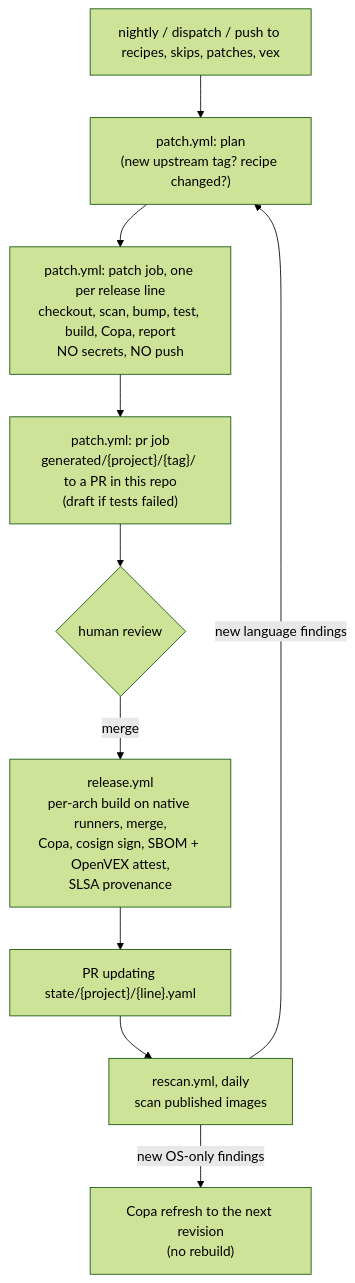
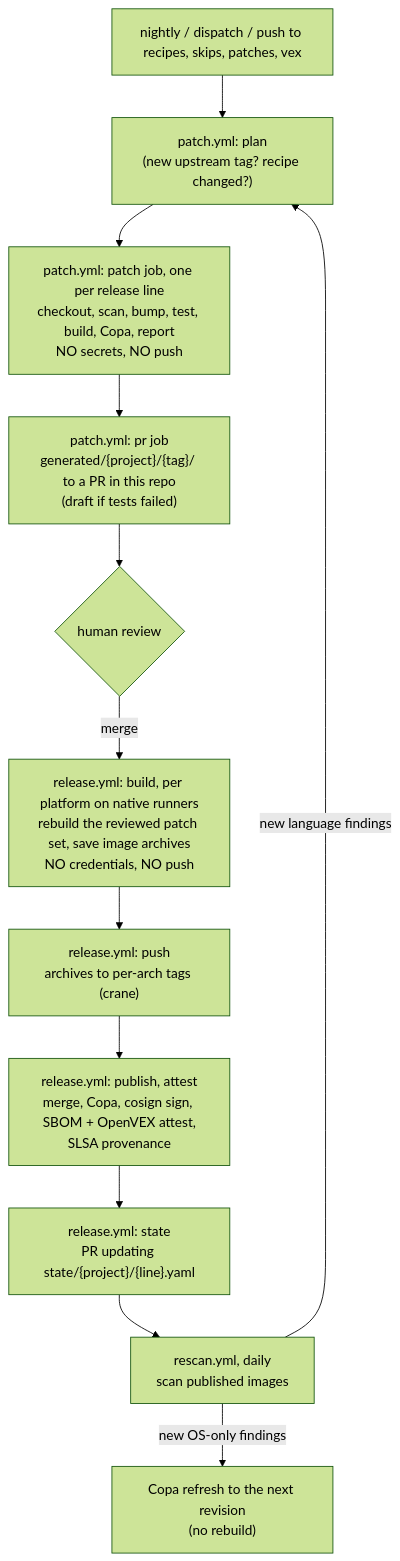
The diagram in docs/architecture.md (therickybobbeh/open-source-project-patcher), drawn with Mermaid (forest theme) before and after one commit. The commit also changed other lines of this file and 8 other files, not shown here.

First line of the commit message:
Docs: release flow without credentials in the build, recovery with rebuild: false

````diff
--- a/docs/architecture.md
+++ b/docs/architecture.md
@@ -61,12 +62,14 @@
 ```mermaid
 flowchart TD
     cron["nightly / dispatch / push to recipes, skips, patches, vex"] --> plan["patch.yml: plan<br/>(new upstream tag? recipe changed?)"]
     plan --> patch["patch.yml: patch job, one per release line<br/>checkout, scan, bump, test, build, Copa, report<br/>NO secrets, NO push"]
     patch --> pr["patch.yml: pr job<br/>generated/{project}/{tag}/ to a PR in this repo<br/>(draft if tests failed)"]
     pr --> review{"human review"}
-    review -->|merge| release["release.yml<br/>per-arch build on native runners, merge,<br/>Copa, cosign sign, SBOM + OpenVEX attest,<br/>SLSA provenance"]
-    release --> state["PR updating state/{project}/{line}.yaml"]
+    review -->|merge| build["release.yml: build, per platform on native runners<br/>rebuild the reviewed patch set, save image archives<br/>NO credentials, NO push"]
+    build --> push["release.yml: push<br/>archives to per-arch tags (crane)"]
+    push --> release["release.yml: publish, attest<br/>merge, Copa, cosign sign, SBOM + OpenVEX attest,<br/>SLSA provenance"]
+    release --> state["release.yml: state<br/>PR updating state/{project}/{line}.yaml"]
     state --> rescan["rescan.yml, daily<br/>scan published images"]
     rescan -->|new OS-only findings| refresh["Copa refresh to the next revision<br/>(no rebuild)"]
     rescan -->|new language findings| plan
 ```
````
